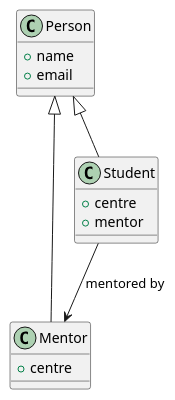
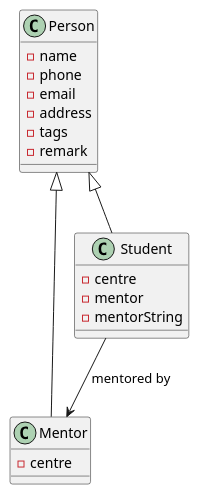
The diagram in src/main/resources/diagrams/ModelClassDiagram.puml (BoredFurry/tp), drawn with PlantUML before and after one commit.

Commit message:
Edit model class diagram

```diff
--- a/src/main/resources/diagrams/ModelClassDiagram.puml
+++ b/src/main/resources/diagrams/ModelClassDiagram.puml
@@ -1,23 +1,27 @@
 @startuml
 'https://plantuml.com/class-diagram
 
 class Person {
-    +name
-    +email
+    -name
+    -phone
+    -email
+    -address
+    -tags
+    -remark
 }
-
 class Mentor {
-    +centre
+    -centre
 }
-
+'
 class Student {
-    +centre
-    +mentor
+    -centre
+    -mentor
+    -mentorString
 }
 
 Person <|-- Mentor
 Person <|-- Student
 
 Student --> Mentor : mentored by
 
 @enduml
```
